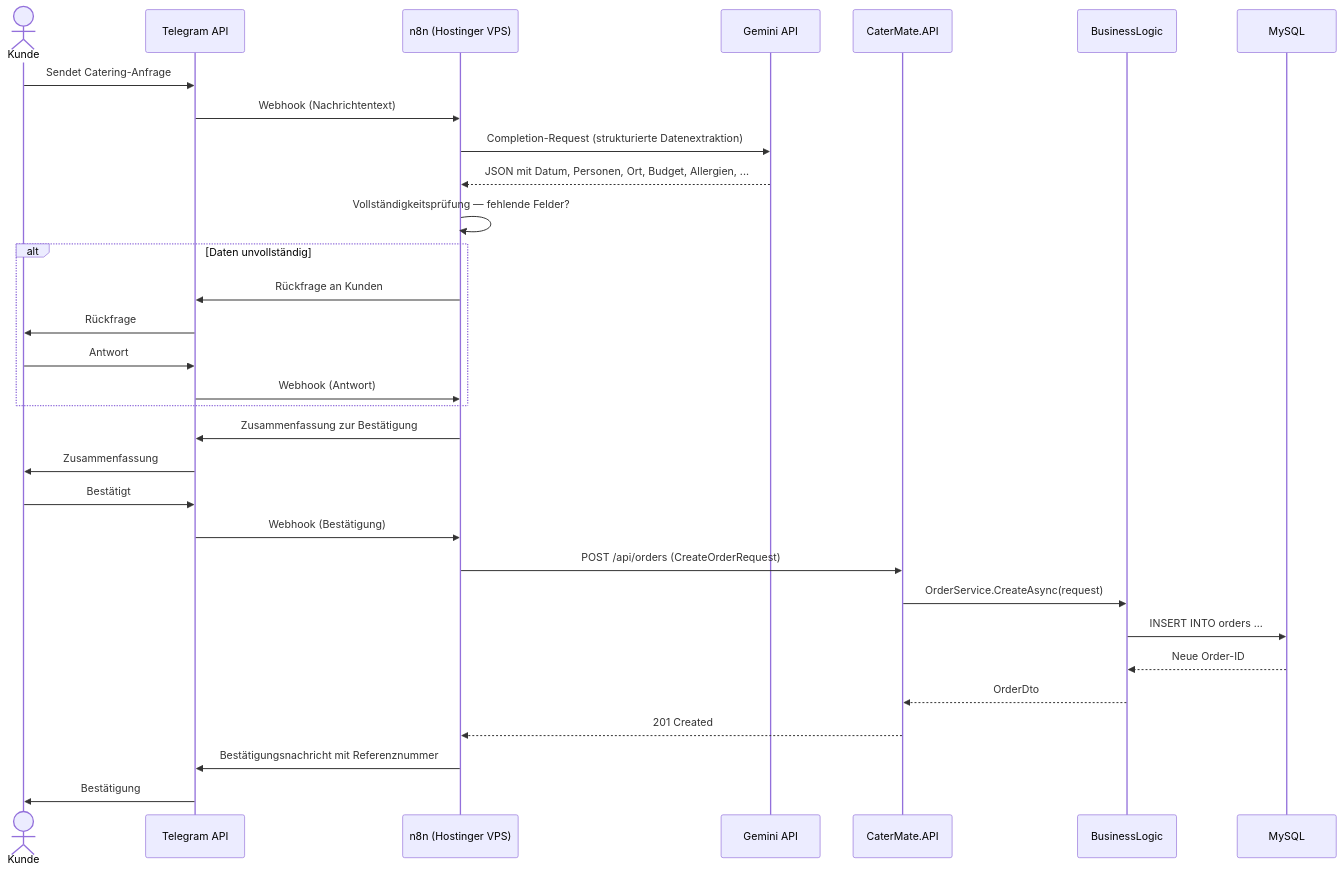
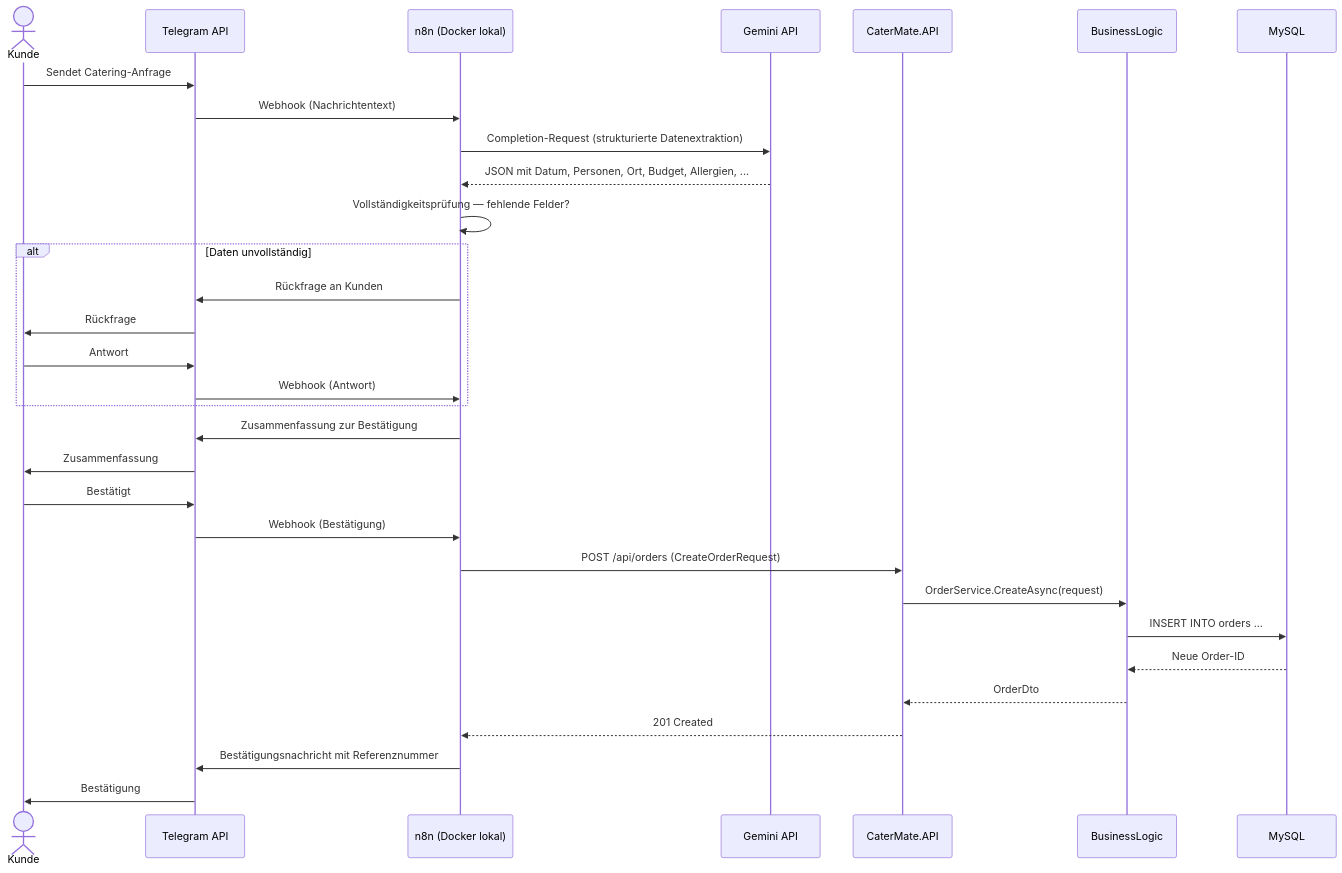
The third of 5 diagrams in Doc/TechSpec/architecture.md (hggry/CaterMate-ERP), drawn with Mermaid before and after one commit. The commit also changed other lines of this file and 3 other files, not shown here.

````diff
--- a/Doc/TechSpec/architecture.md
+++ b/Doc/TechSpec/architecture.md
@@ -232,34 +248,34 @@
 ```mermaid
 sequenceDiagram
     actor Kunde
     participant TG as Telegram API
-    participant n8n as n8n (Hostinger VPS)
+    participant n8n as n8n (Docker lokal)
     participant Gemini as Gemini API
     participant API as CaterMate.API
     participant BL as BusinessLogic
     participant DB as MySQL
 
     Kunde->>TG: Sendet Catering-Anfrage
     TG->>n8n: Webhook (Nachrichtentext)
     n8n->>Gemini: Completion-Request (strukturierte Datenextraktion)
     Gemini-->>n8n: JSON mit Datum, Personen, Ort, Budget, Allergien, ...
     n8n->>n8n: Vollständigkeitsprüfung — fehlende Felder?
     alt Daten unvollständig
         n8n->>TG: Rückfrage an Kunden
         TG->>Kunde: Rückfrage
         Kunde->>TG: Antwort
         TG->>n8n: Webhook (Antwort)
     end
     n8n->>TG: Zusammenfassung zur Bestätigung
     TG->>Kunde: Zusammenfassung
     Kunde->>TG: Bestätigt
     TG->>n8n: Webhook (Bestätigung)
     n8n->>API: POST /api/orders (CreateOrderRequest)
     API->>BL: OrderService.CreateAsync(request)
     BL->>DB: INSERT INTO orders ...
     DB-->>BL: Neue Order-ID
     BL-->>API: OrderDto
     API-->>n8n: 201 Created
     n8n->>TG: Bestätigungsnachricht mit Referenznummer
     TG->>Kunde: Bestätigung
 ```
````
